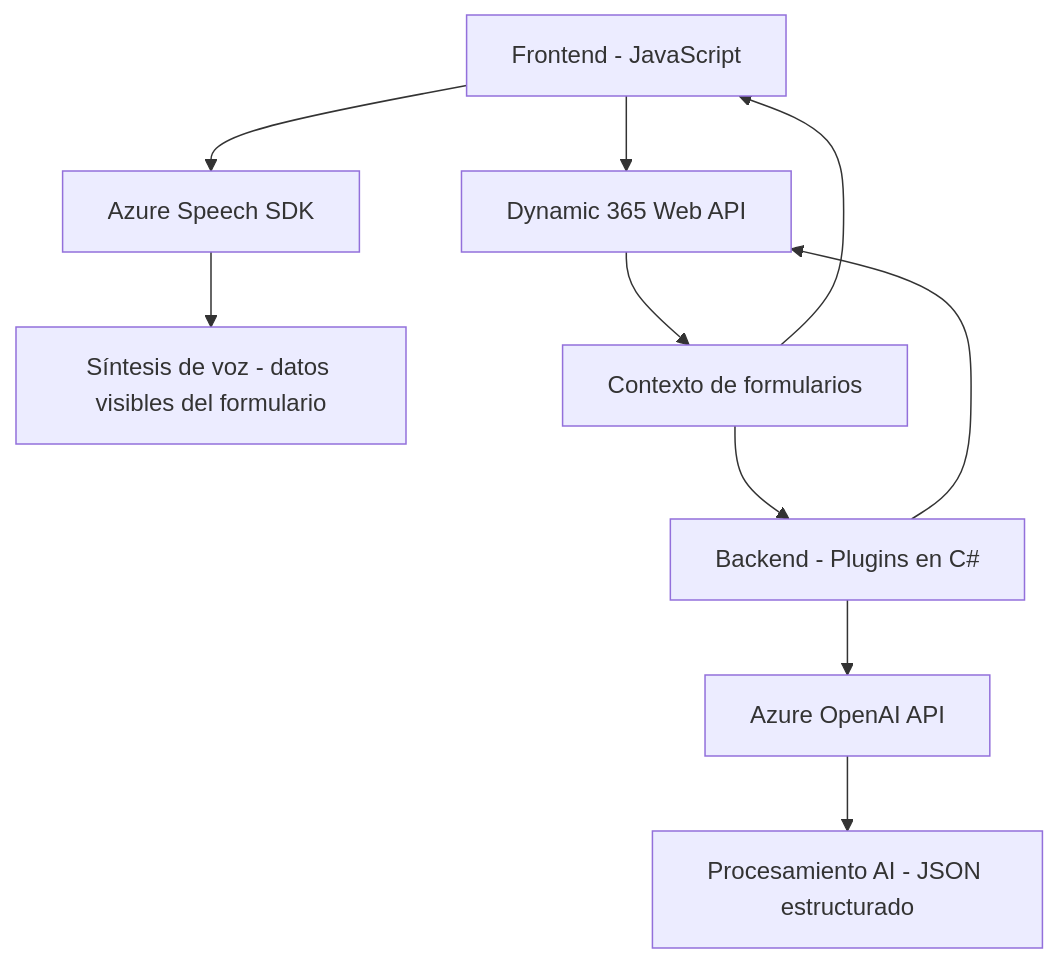
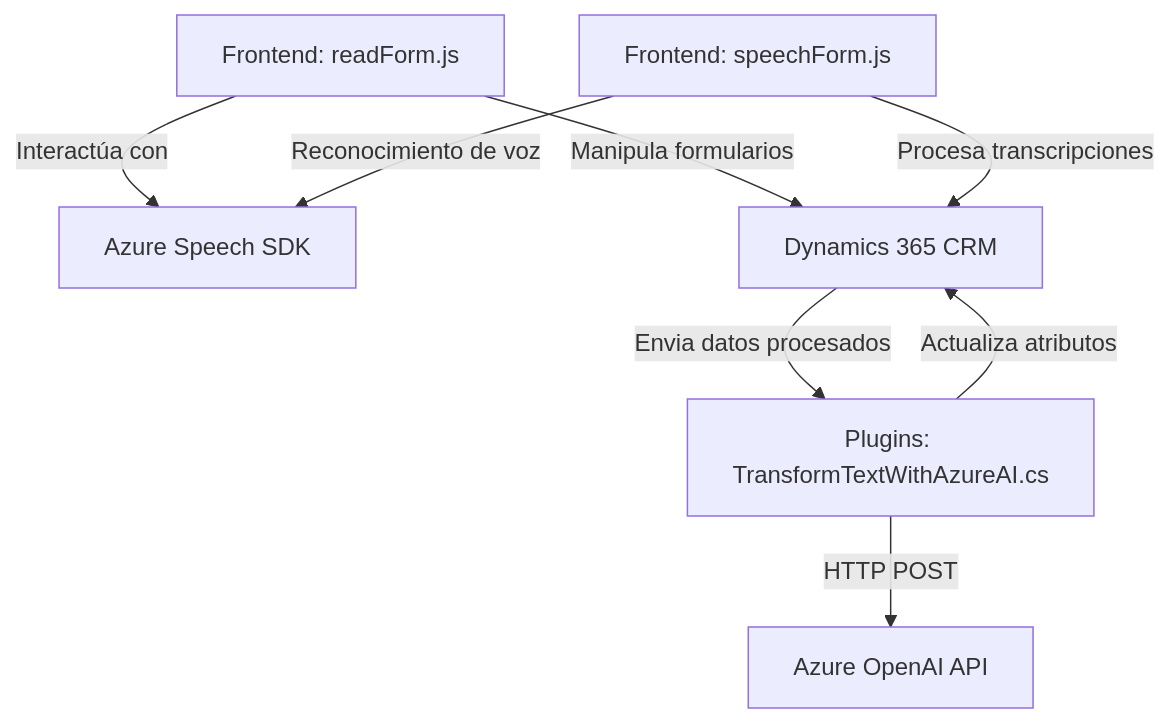
The diagram in README.md (blopezdm/NETCORE_BILBAO2025), drawn with Mermaid before and after one commit. The commit also changed other lines of this file, not shown here.

Commit message:
Actualizar análisis global de la solución con IA

````diff
--- a/README.md
+++ b/README.md
@@ -51,18 +38,10 @@
 ```mermaid
 graph TD
-    A["Frontend - JavaScript"]
-    B["Backend - Plugins en C#"]
-    C["Azure Speech SDK"]
-    D["Azure OpenAI API"]
-    E["Dynamic 365 Web API"]
-
-    A-->C
-    A-->E
-    B-->D
-    B-->E
-    C-->F["Síntesis de voz - datos visibles del formulario"]
-    D-->G["Procesamiento AI - JSON estructurado"]
-    E-->H["Contexto de formularios"]
-    H-->A
-    H-->B
+    A["Frontend: readForm.js"] -->|Interactúa con| B["Azure Speech SDK"]
+    A -->|Manipula formularios| C["Dynamics 365 CRM"]
+    D["Frontend: speechForm.js"] -->|Reconocimiento de voz| B["Azure Speech SDK"]
+    D -->|Procesa transcripciones| C
+    C -->|Envia datos procesados| E["Plugins: TransformTextWithAzureAI.cs"]
+    E -->|HTTP POST| F["Azure OpenAI API"]
+    E -->|Actualiza atributos| C
 ```
````
